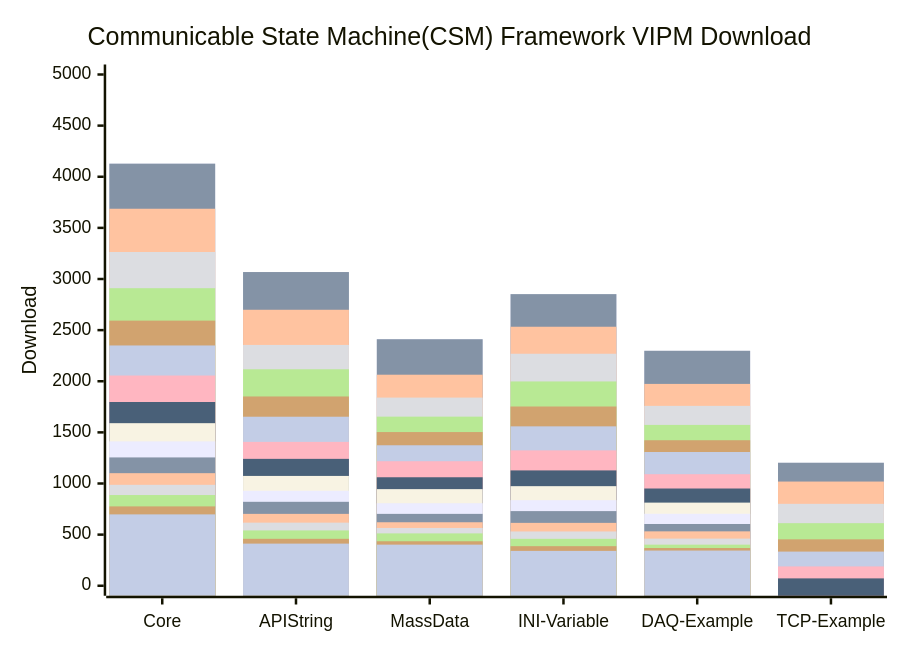
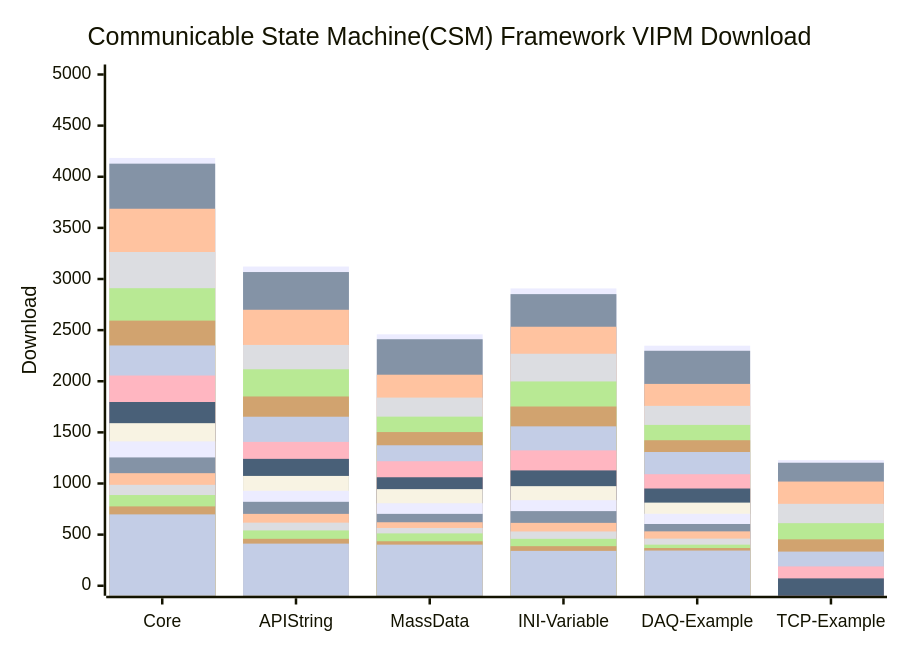
Before and after one commit to NEVSTOP-LAB/.github: the diagram in profile/README.md, drawn with Mermaid.

````diff
--- a/profile/README.md
+++ b/profile/README.md
@@ -31,23 +31,23 @@
 ```mermaid
     xychart-beta
     title "Communicable State Machine(CSM) Framework VIPM Download"
     x-axis [Core, API String, MassData, INI-Variable, DAQ-Example, TCP-Example]
     y-axis "Download" 0 --> 5000
-    bar   [4128, 3068, 2411, 2852, 2298, 1203]
+    bar   [4184, 3122, 2459, 2908, 2348, 1228]
     bar   [4128, 3068, 2411, 2852, 2298, 1203]
     bar   [3687, 2699, 2064, 2533, 1974, 1019]
     bar   [3264, 2355, 1840, 2269, 1759, 801]
     bar   [2910, 2117, 1654, 1998, 1573, 612]
     bar   [2593, 1851, 1503, 1753, 1423, 454]
     bar   [2350, 1653, 1374, 1559, 1308, 334]
     bar   [2056, 1407, 1218, 1324, 1091, 189]
     bar   [1797, 1241, 1061, 1128, 951, 72]
     bar   [1590, 1074, 945, 974, 813]
     bar   [1412, 929, 807, 837, 704]
     bar   [1255, 821, 703, 730, 604]
     bar   [1101, 703, 621, 615, 532]
     bar   [987, 617, 565, 531, 461]
     bar   [887, 541, 512, 459, 402]
     bar   [776, 459, 435, 387, 369]
     bar   [698, 412, 402, 341, 344]
 ```
````
